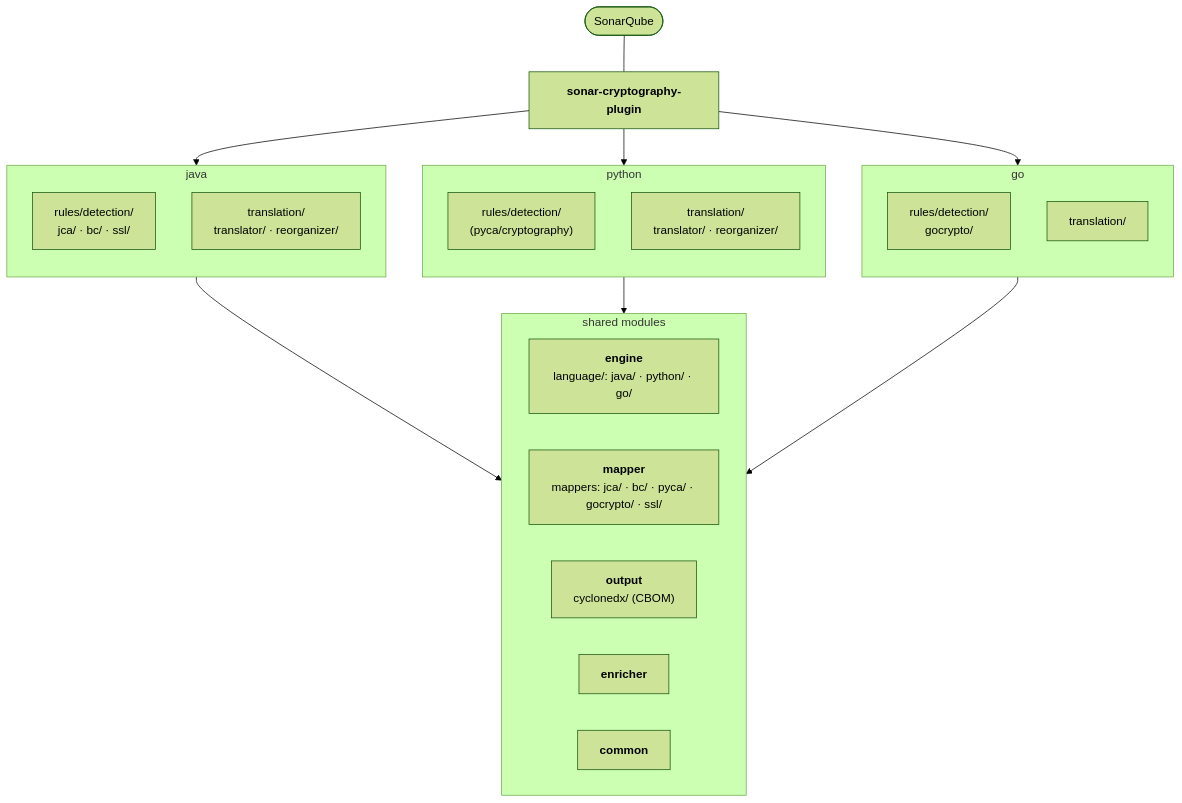
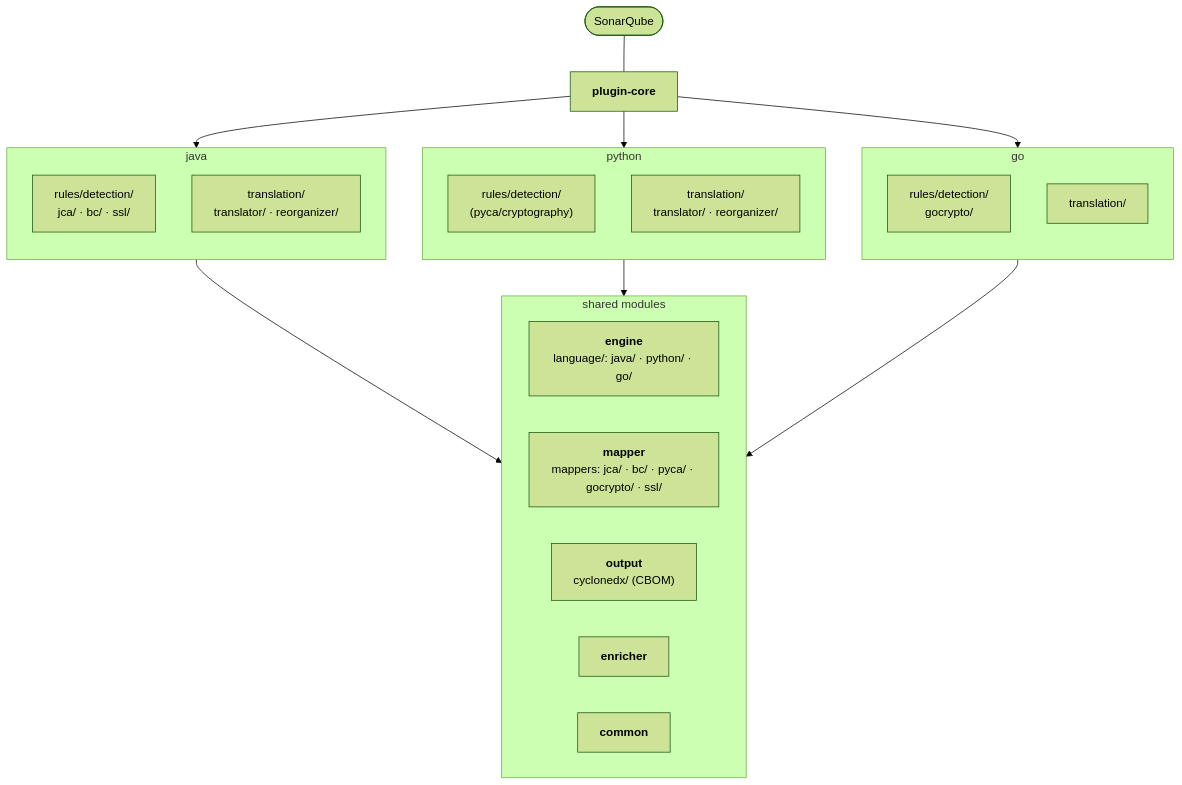
The diagram in docs/LANGUAGE_SUPPORT.md (cbomkit/sonar-cryptography), drawn with Mermaid (forest theme) before and after one commit. The commit also changed other lines of this file and 26 other files, not shown here.

First line of the commit message:
build: add plugin, with-go and lib profiles and rename the plugin module to plugin-core

````diff
--- a/docs/LANGUAGE_SUPPORT.md
+++ b/docs/LANGUAGE_SUPPORT.md
@@ -22,40 +22,40 @@
 ```mermaid
 flowchart TB
     SQ(["SonarQube"])
-    PLUGIN["<b>sonar-cryptography-plugin</b>"]
+    PLUGIN["<b>plugin-core</b>"]
 
     subgraph JAVA["java"]
         direction TB
         JRULES["rules/detection/<br/>jca/ · bc/ · ssl/"]
         JTRANS["translation/<br/>translator/ · reorganizer/"]
     end
 
     subgraph PYTHON["python"]
         direction TB
         PRULES["rules/detection/<br/>(pyca/cryptography)"]
         PTRANS["translation/<br/>translator/ · reorganizer/"]
     end
 
     subgraph GO["go"]
         direction TB
         GRULES["rules/detection/<br/>gocrypto/"]
         GTRANS["translation/"]
     end
 
     subgraph SHARED["shared modules"]
         direction LR
         ENGINE["<b>engine</b><br/>language/: java/ · python/ · go/"]
         MAPPER["<b>mapper</b><br/>mappers: jca/ · bc/ · pyca/ · gocrypto/ · ssl/"]
         OUTPUT["<b>output</b><br/>cyclonedx/ (CBOM)"]
         ENRICHER["<b>enricher</b>"]
         COMMON["<b>common</b>"]
     end
 
     SQ --- PLUGIN
     PLUGIN --> JAVA
     PLUGIN --> PYTHON
     PLUGIN --> GO
     JAVA --> SHARED
     PYTHON --> SHARED
     GO --> SHARED
 ```
````
